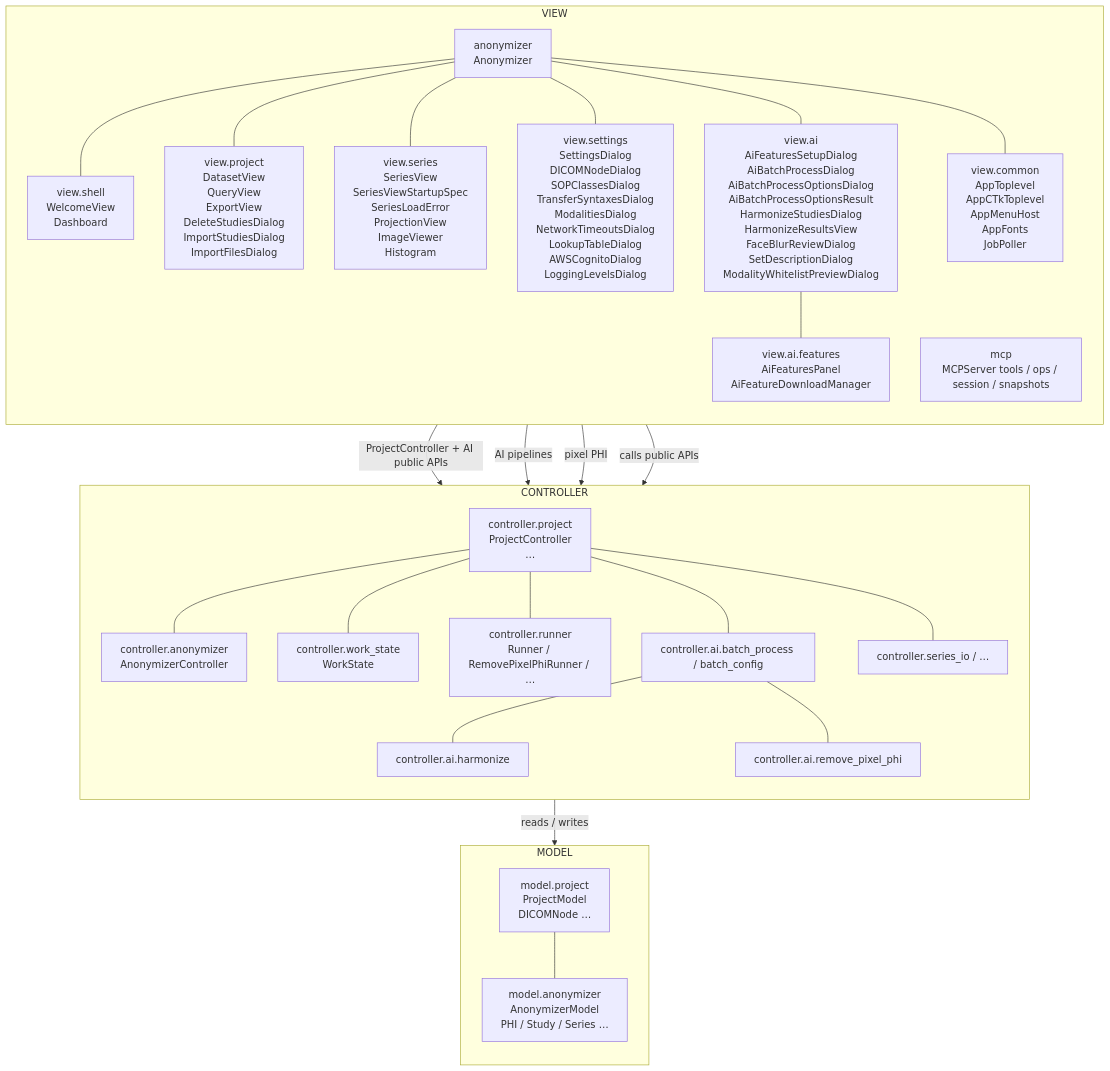
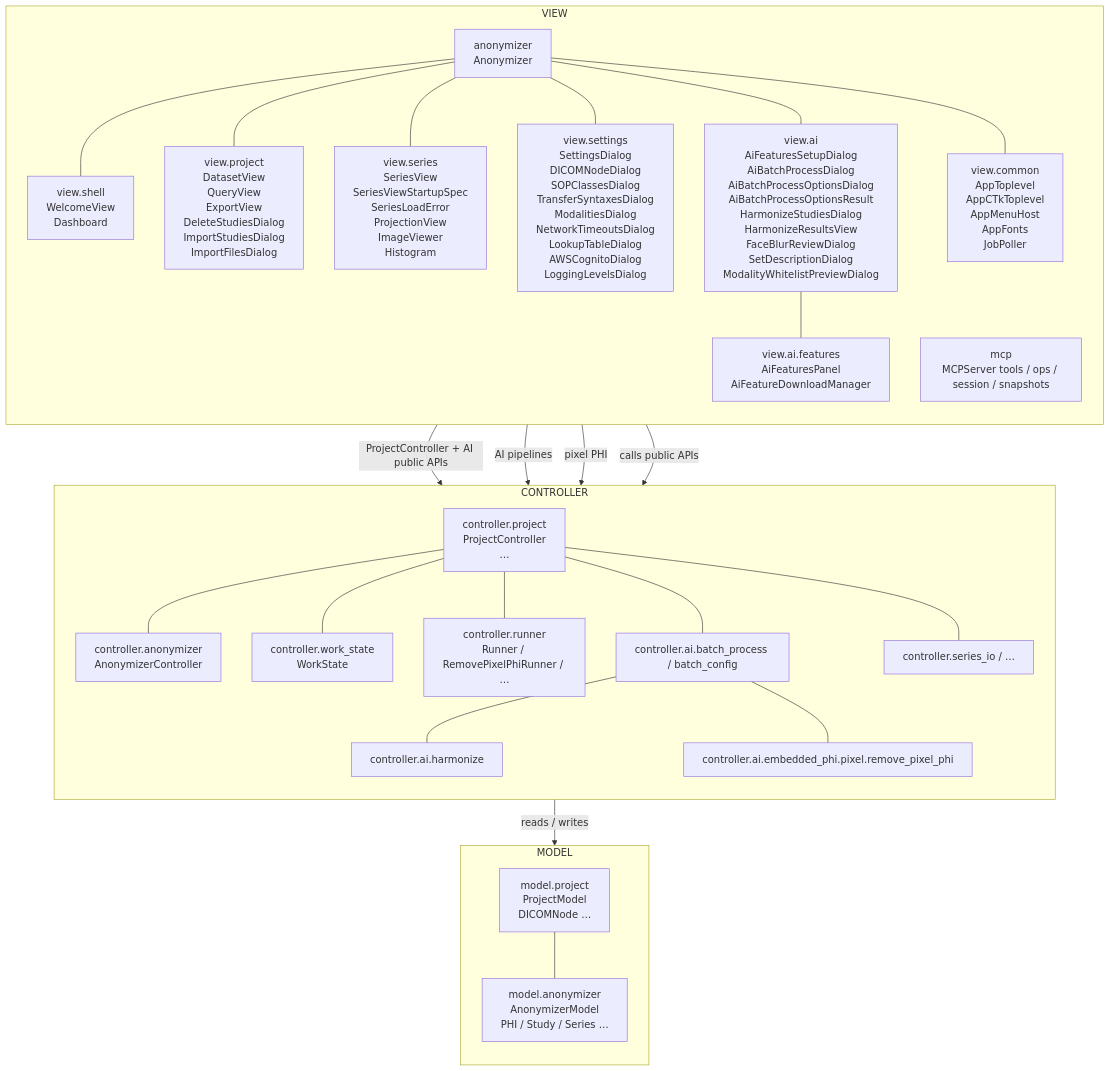
Before and after one commit to RSNA/anonymizer: the diagram in class_diagram.md, drawn with Mermaid. The commit also changed 237 other files, not shown here.

First line of the commit message:
Snapshot embedded PHI NER/report stack before simplify refactor.

````diff
--- a/class_diagram.md
+++ b/class_diagram.md
@@ -5,54 +5,54 @@
 ```mermaid
 flowchart TB
     subgraph VIEW["VIEW"]
         direction TB
         V_APP["anonymizer<br/>Anonymizer"]
         V_SHELL["view.shell<br/>WelcomeView<br/>Dashboard"]
         V_PROJECT["view.project<br/>DatasetView<br/>QueryView<br/>ExportView<br/>DeleteStudiesDialog<br/>ImportStudiesDialog<br/>ImportFilesDialog"]
         V_SERIES["view.series<br/>SeriesView<br/>SeriesViewStartupSpec<br/>SeriesLoadError<br/>ProjectionView<br/>ImageViewer<br/>Histogram"]
         V_SETTINGS["view.settings<br/>SettingsDialog<br/>DICOMNodeDialog<br/>SOPClassesDialog<br/>TransferSyntaxesDialog<br/>ModalitiesDialog<br/>NetworkTimeoutsDialog<br/>LookupTableDialog<br/>AWSCognitoDialog<br/>LoggingLevelsDialog"]
         V_AI["view.ai<br/>AiFeaturesSetupDialog<br/>AiBatchProcessDialog<br/>AiBatchProcessOptionsDialog<br/>AiBatchProcessOptionsResult<br/>HarmonizeStudiesDialog<br/>HarmonizeResultsView<br/>FaceBlurReviewDialog<br/>SetDescriptionDialog<br/>ModalityWhitelistPreviewDialog"]
         V_AI_FEAT["view.ai.features<br/>AiFeaturesPanel<br/>AiFeatureDownloadManager"]
         V_COMMON["view.common<br/>AppToplevel<br/>AppCTkToplevel<br/>AppMenuHost<br/>AppFonts<br/>JobPoller"]
         V_MCP["mcp<br/>MCPServer tools / ops / session / snapshots"]
         V_APP --- V_SHELL
         V_APP --- V_PROJECT
         V_APP --- V_SERIES
         V_APP --- V_SETTINGS
         V_APP --- V_AI
         V_AI --- V_AI_FEAT
         V_APP --- V_COMMON
     end
 
     subgraph CONTROLLER["CONTROLLER"]
         direction TB
         C_PROJECT["controller.project<br/>ProjectController<br/>…"]
         C_ANON["controller.anonymizer<br/>AnonymizerController"]
         C_WORK["controller.work_state<br/>WorkState"]
         C_RUN["controller.runner<br/>Runner / RemovePixelPhiRunner / …"]
         C_BATCH["controller.ai.batch_process / batch_config"]
         C_IO["controller.series_io / …"]
         C_HARM["controller.ai.harmonize"]
-        C_OCR["controller.ai.remove_pixel_phi"]
+        C_OCR["controller.ai.embedded_phi.pixel.remove_pixel_phi"]
         C_PROJECT --- C_ANON
         C_PROJECT --- C_WORK
         C_PROJECT --- C_RUN
         C_PROJECT --- C_BATCH
         C_PROJECT --- C_IO
         C_BATCH --- C_HARM
         C_BATCH --- C_OCR
     end
 
     subgraph MODEL["MODEL"]
         direction TB
         M_PROJECT["model.project<br/>ProjectModel<br/>DICOMNode …"]
         M_ANON["model.anonymizer<br/>AnonymizerModel<br/>PHI / Study / Series …"]
         M_PROJECT --- M_ANON
     end
 
     VIEW -->|"calls public APIs"| CONTROLLER
     V_MCP -->|"ProjectController + AI public APIs"| C_PROJECT
     V_MCP -->|"AI pipelines"| C_BATCH
     V_MCP -->|"pixel PHI"| C_OCR
     CONTROLLER -->|"reads / writes"| MODEL
 ```
````
